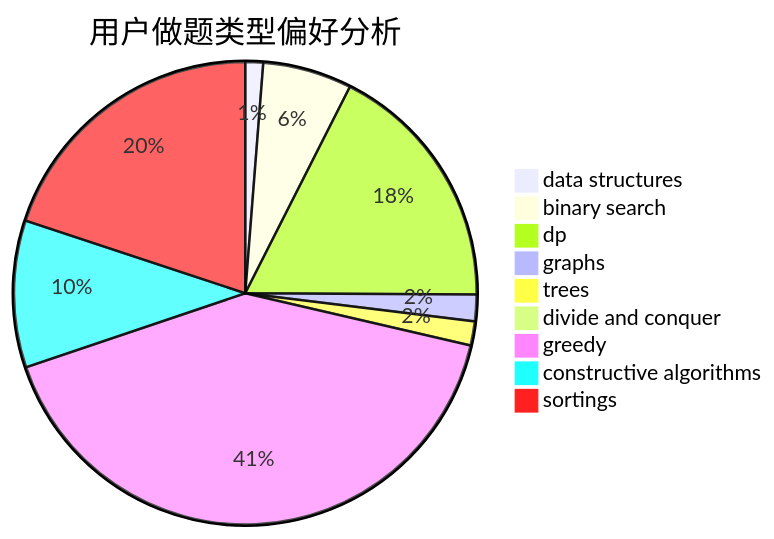
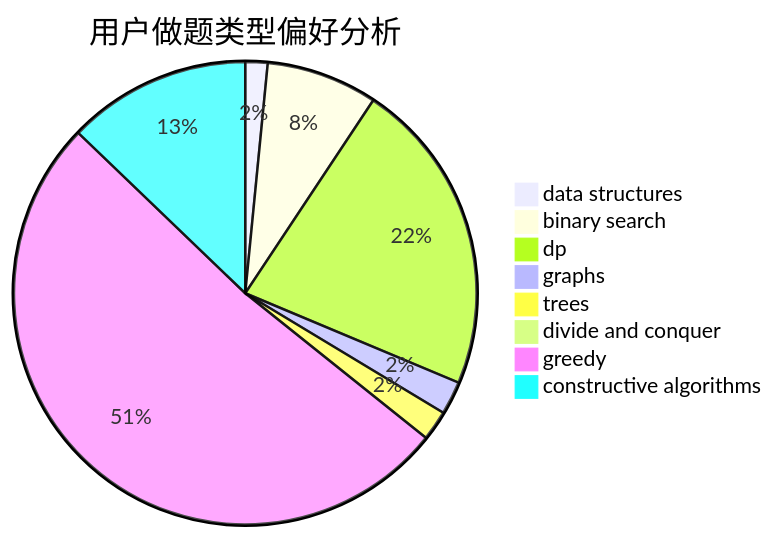
The second of 3 diagrams in docs/user/u884.md (sherpahu/cfrs.github.io), drawn with Mermaid before and after one commit. The commit also changed other lines of this file and 2769 other files, not shown here.

````diff
--- a/docs/user/u884.md
+++ b/docs/user/u884.md
@@ -18,12 +18,11 @@
 ```mermaid
 pie title 用户做题类型偏好分析
     "data structures" :  20
     "binary search" :  100
     "dp" :  283
     "graphs" :  30
     "trees" :  27
     "divide and conquer" :  0
     "greedy" :  662
     "constructive algorithms" :  165
-    "sortings" :  320
 ```
````
